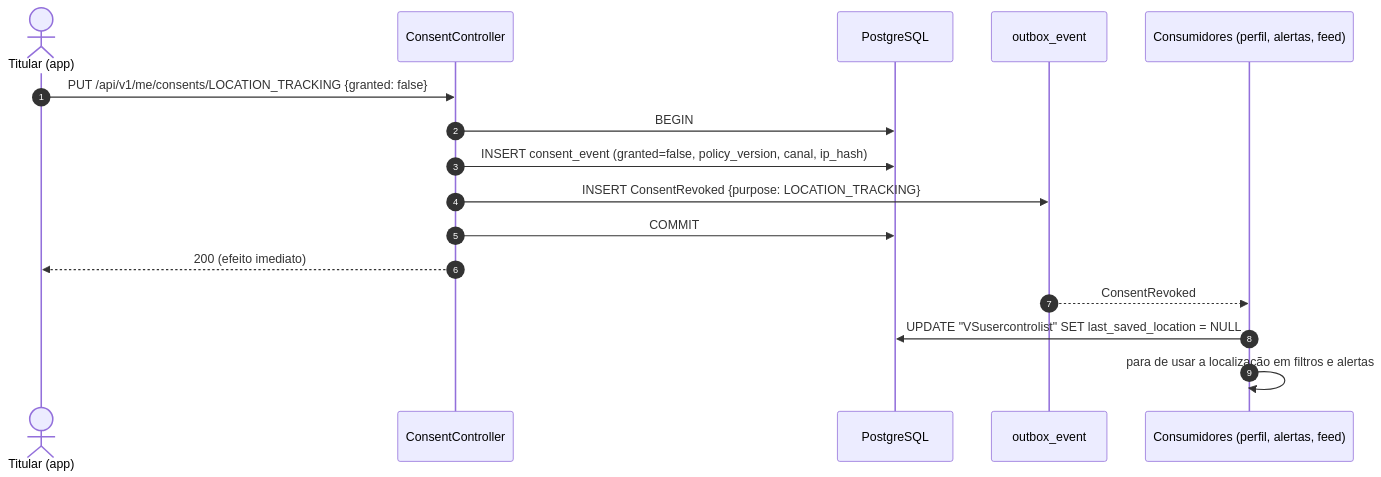
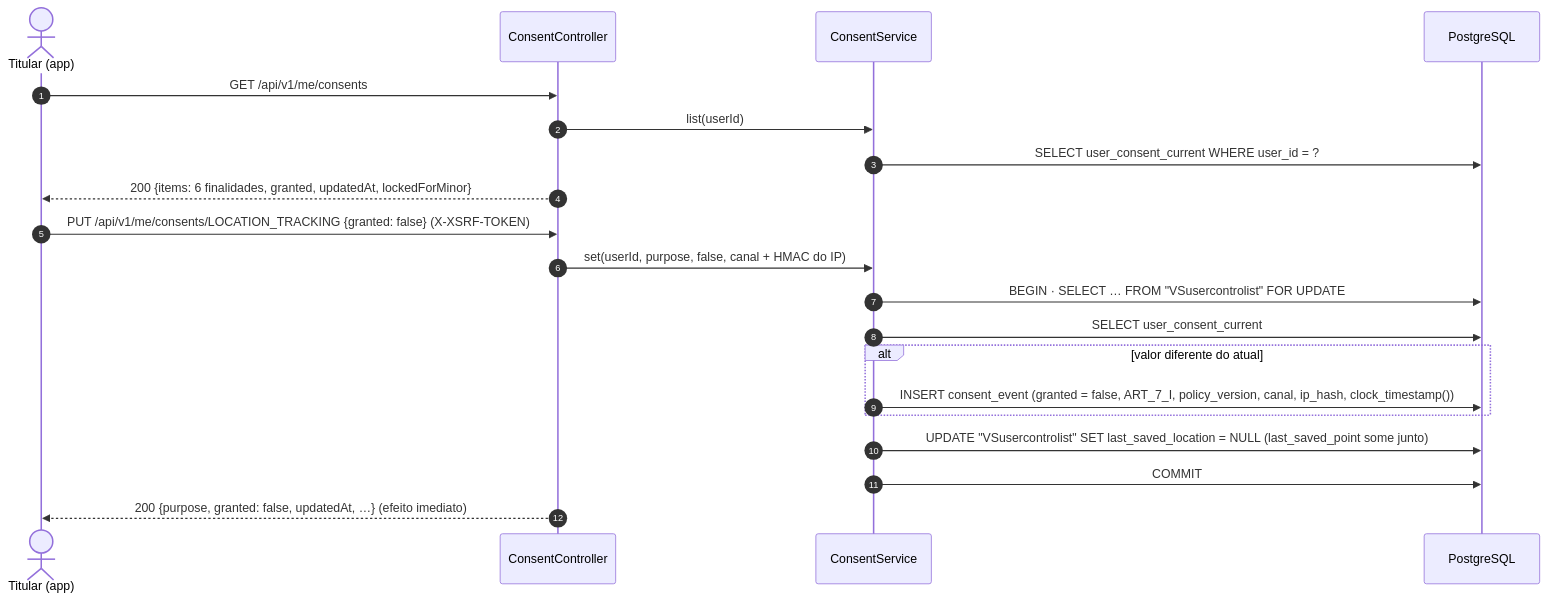
The fourth of 5 diagrams in docs/rf/RF03-consentimento-privacidade.md (MatheusHaliski/orange_social_velion), drawn with Mermaid before and after one commit. The commit also changed other lines of this file and 14 other files, not shown here.

````diff
--- a/docs/rf/RF03-consentimento-privacidade.md
+++ b/docs/rf/RF03-consentimento-privacidade.md
@@ -59,19 +124,23 @@
 ```mermaid
 sequenceDiagram
     autonumber
     actor T as Titular (app)
     participant API as ConsentController
+    participant S as ConsentService
     participant DB as PostgreSQL
-    participant OB as outbox_event
-    participant U as Consumidores (perfil, alertas, feed)
 
-    T->>API: PUT /api/v1/me/consents/LOCATION_TRACKING {granted: false}
-    API->>DB: BEGIN
-    API->>DB: INSERT consent_event (granted=false, policy_version, canal, ip_hash)
-    API->>OB: INSERT ConsentRevoked {purpose: LOCATION_TRACKING}
-    API->>DB: COMMIT
-    API-->>T: 200 (efeito imediato)
-    OB-->>U: ConsentRevoked
-    U->>DB: UPDATE "VSusercontrolist" SET last_saved_location = NULL
-    U->>U: para de usar a localização em filtros e alertas
+    T->>API: GET /api/v1/me/consents
+    API->>S: list(userId)
+    S->>DB: SELECT user_consent_current WHERE user_id = ?
+    API-->>T: 200 {items: 6 finalidades, granted, updatedAt, lockedForMinor}
+    T->>API: PUT /api/v1/me/consents/LOCATION_TRACKING {granted: false} (X-XSRF-TOKEN)
+    API->>S: set(userId, purpose, false, canal + HMAC do IP)
+    S->>DB: BEGIN · SELECT … FROM "VSusercontrolist" FOR UPDATE
+    S->>DB: SELECT user_consent_current
+    alt valor diferente do atual
+        S->>DB: INSERT consent_event (granted = false, ART_7_I, policy_version, canal, ip_hash, clock_timestamp())
+    end
+    S->>DB: UPDATE "VSusercontrolist" SET last_saved_location = NULL (last_saved_point some junto)
+    S->>DB: COMMIT
+    API-->>T: 200 {purpose, granted: false, updatedAt, …} (efeito imediato)
 ```
````
